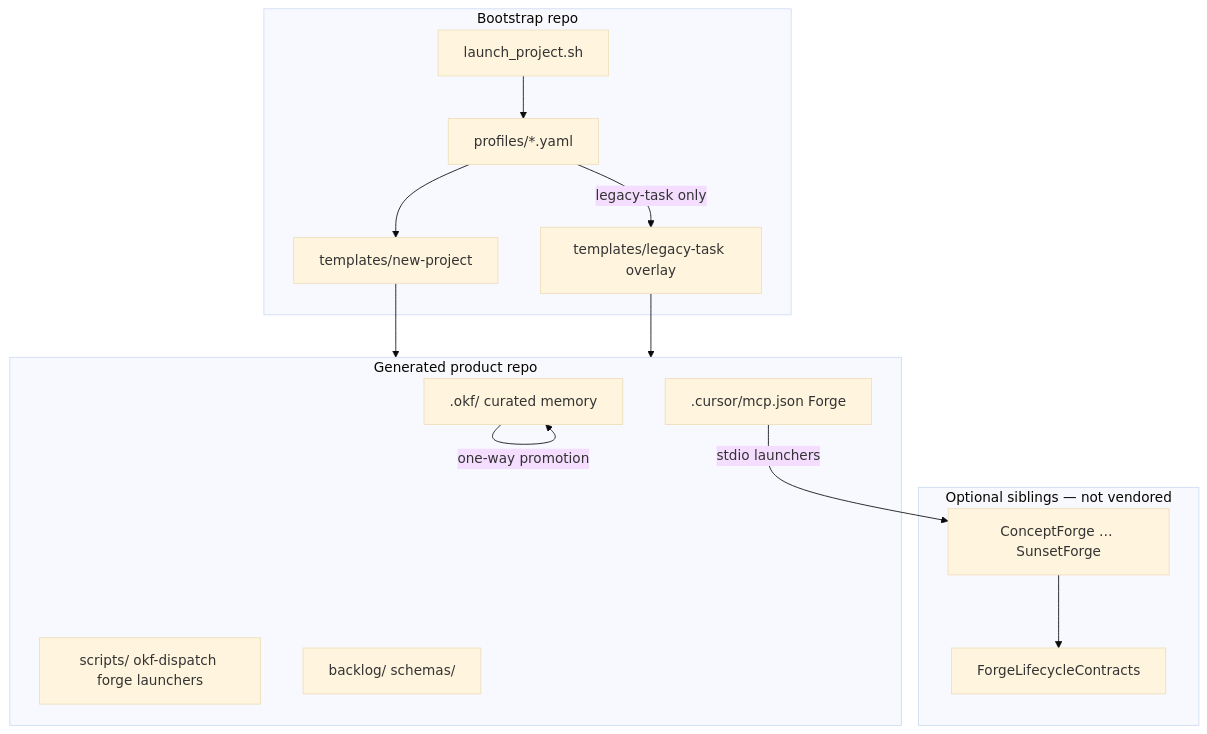
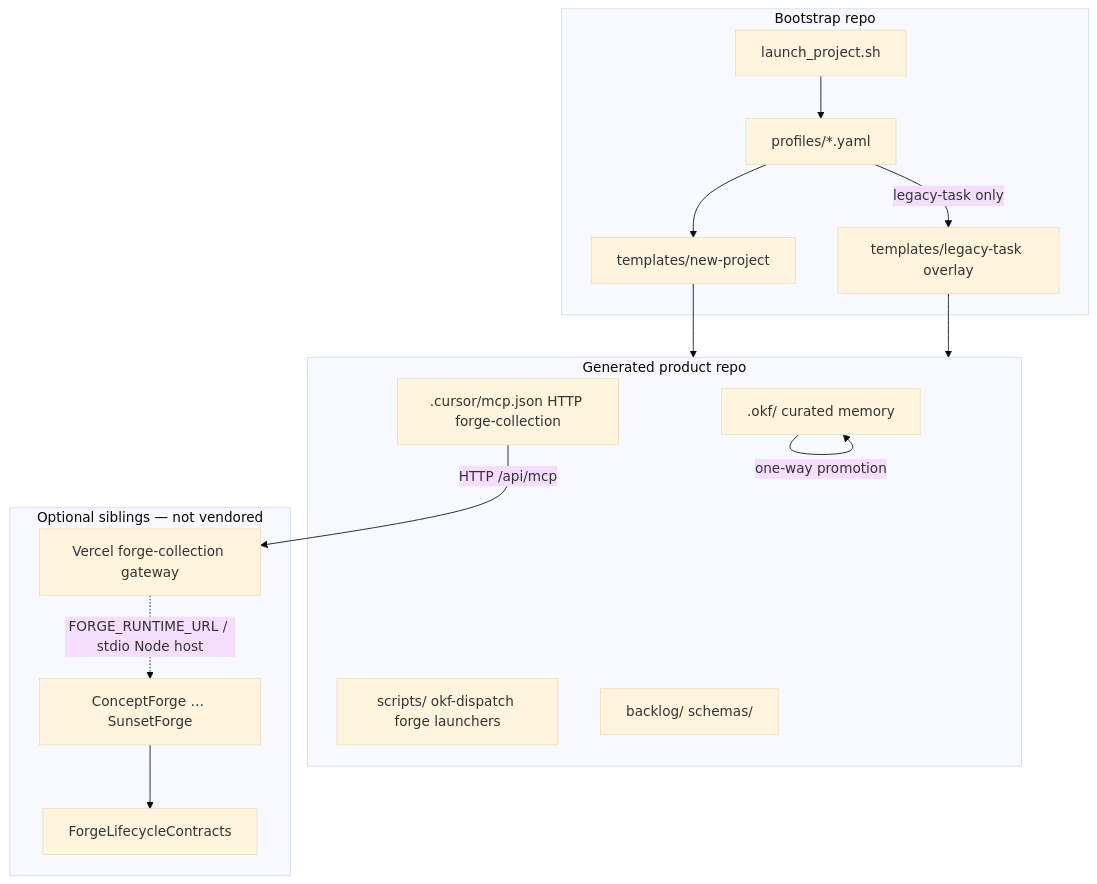
One commit to nicksinx/bootstrap changed the diagram in README.md. Above: the diagram before and after it, drawn with Mermaid (base theme). The commit also changed other lines of this file and 42 other files, not shown here.

First line of the commit message:
Wire generated Cursor MCP to HTTP forge-collection on Vercel.

````diff
--- a/README.md
+++ b/README.md
@@ -36,30 +36,32 @@
 ```mermaid
 flowchart TB
   subgraph bootstrap [Bootstrap repo]
     LP[launch_project.sh]
     PROF[profiles/*.yaml]
     TPL[templates/new-project]
     LEG[templates/legacy-task overlay]
   end
 
   subgraph product [Generated product repo]
     OKF[.okf/ curated memory]
     SCR[scripts/ okf-dispatch forge launchers]
-    MCP[.cursor/mcp.json Forge]
+    MCP[.cursor/mcp.json HTTP forge-collection]
     BL[backlog/ schemas/]
   end
 
   subgraph optional [Optional siblings — not vendored]
     FC[ConceptForge … SunsetForge]
     FLC[ForgeLifecycleContracts]
+    COL[Vercel forge-collection gateway]
   end
 
   LP --> PROF
   PROF --> TPL
   PROF -->|legacy-task only| LEG
   TPL --> product
   LEG --> product
-  MCP -->|stdio launchers| FC
+  MCP -->|HTTP /api/mcp| COL
+  COL -.->|FORGE_RUNTIME_URL / stdio Node host| FC
   FC --> FLC
   OKF -->|one-way promotion| OKF
 ```
````
